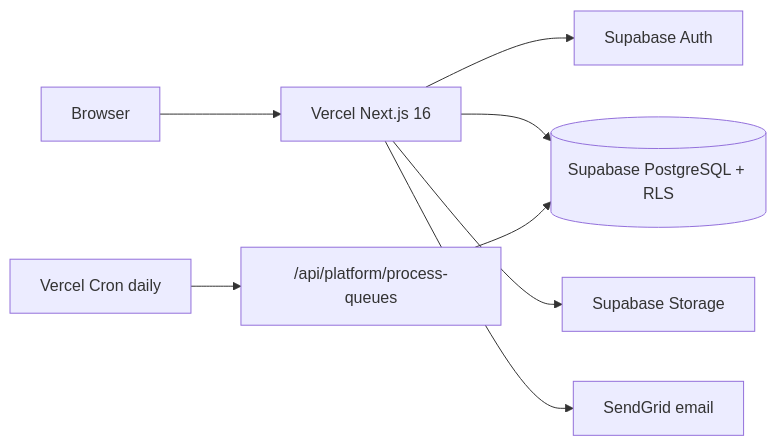
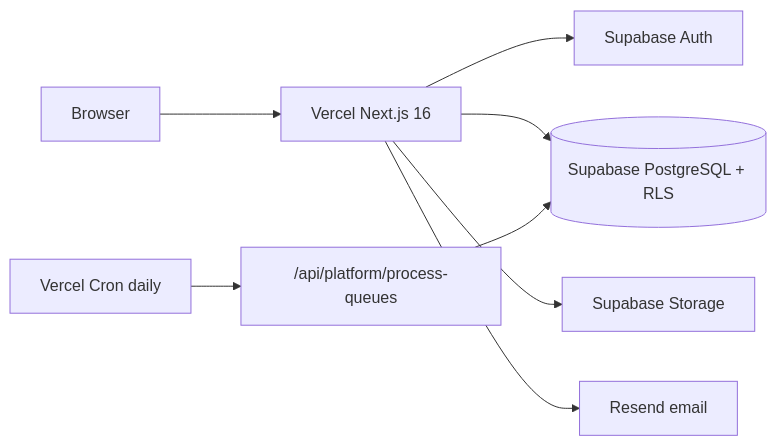
One commit to jimmyarispe-bot/JAG changed the first of 2 diagrams in docs/operations/phase-f/architecture/01_SYSTEM_AND_PLATFORM.md. Above: the diagram before and after it, drawn with Mermaid. The commit also changed 1635 other files, not shown here.

````diff
--- a/docs/operations/phase-f/architecture/01_SYSTEM_AND_PLATFORM.md
+++ b/docs/operations/phase-f/architecture/01_SYSTEM_AND_PLATFORM.md
@@ -25,10 +25,10 @@
 ```mermaid
 flowchart LR
   User[Browser] --> Vercel[Vercel Next.js 16]
   Vercel --> Auth[Supabase Auth]
   Vercel --> DB[(Supabase PostgreSQL + RLS)]
   Vercel --> Storage[Supabase Storage]
   Cron[Vercel Cron daily] --> Queues["/api/platform/process-queues"]
   Queues --> DB
-  Vercel --> SendGrid[SendGrid email]
+  Vercel --> Resend[Resend email]
 ```
````
